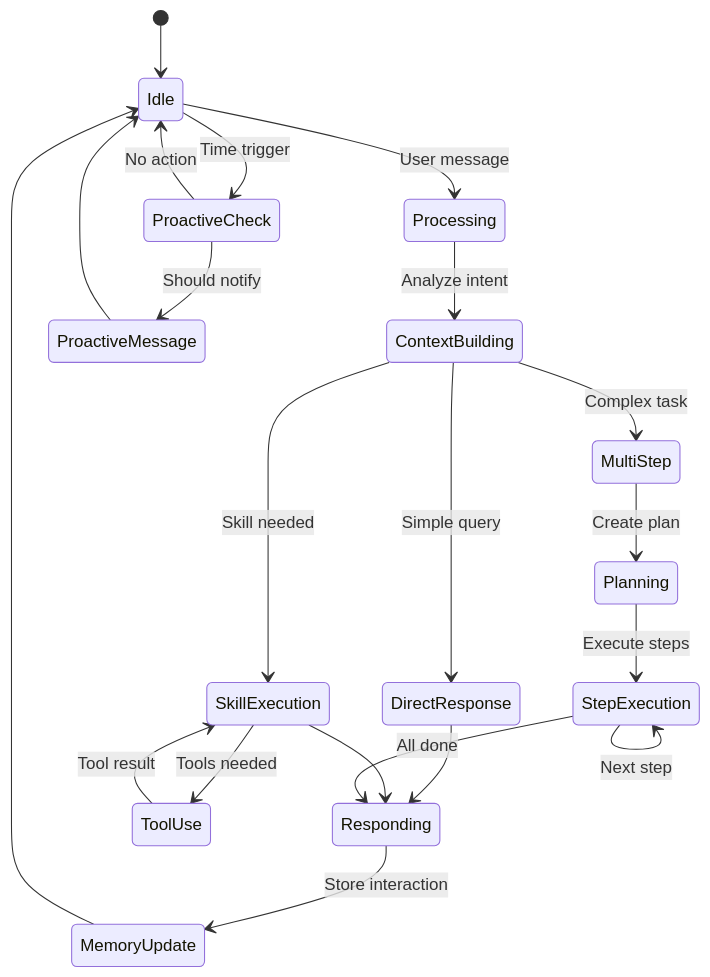
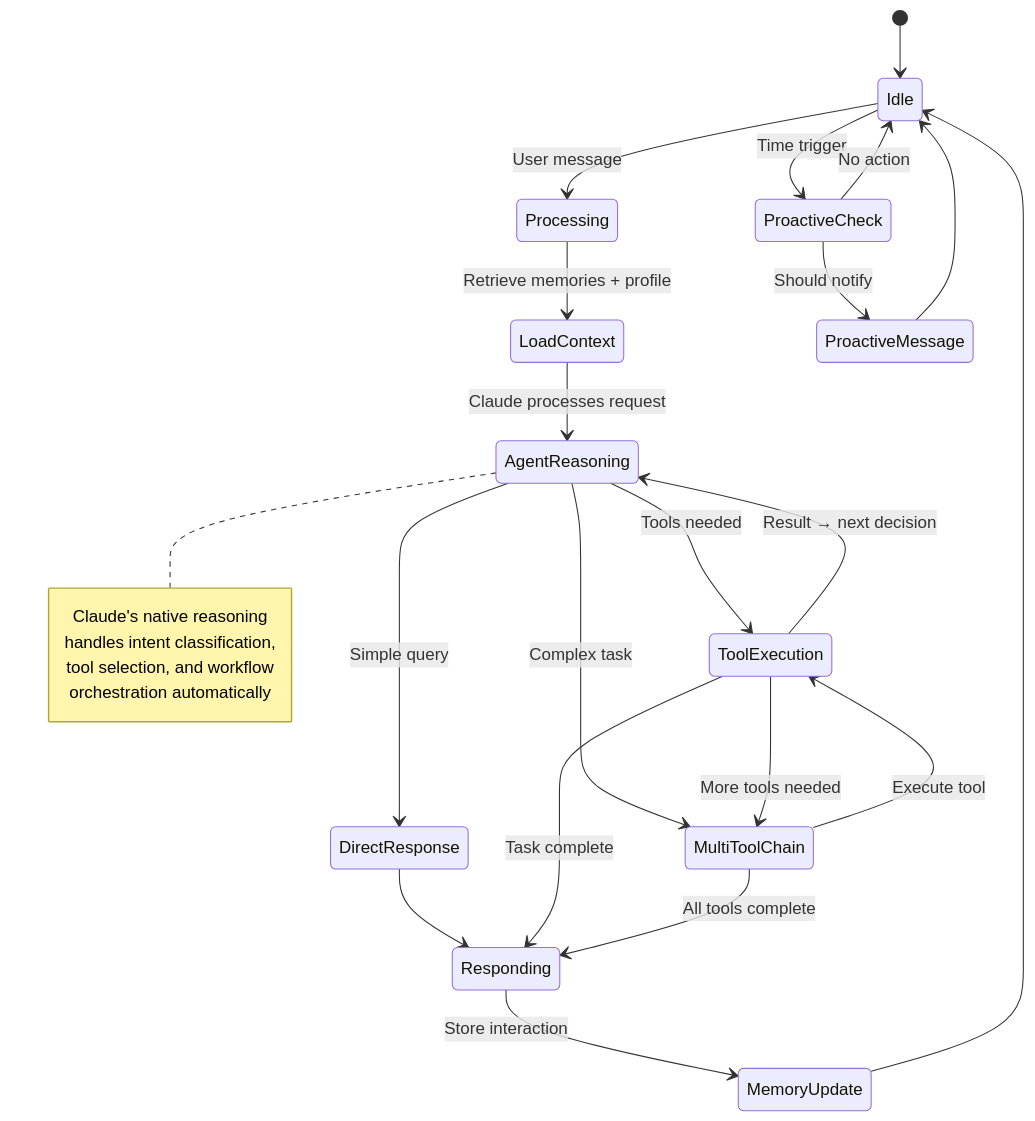
The seventh of 7 diagrams in GEMI_VISION.md (samyakjain0606/reading-buddy), drawn with Mermaid before and after one commit. The commit also changed other lines of this file, not shown here.

````diff
--- a/GEMI_VISION.md
+++ b/GEMI_VISION.md
@@ -1078,29 +1373,32 @@
 ```mermaid
 stateDiagram-v2
     [*] --> Idle
 
     Idle --> Processing: User message
-    Processing --> ContextBuilding: Analyze intent
+    Processing --> LoadContext: Retrieve memories + profile
 
-    ContextBuilding --> DirectResponse: Simple query
-    ContextBuilding --> SkillExecution: Skill needed
-    ContextBuilding --> MultiStep: Complex task
+    LoadContext --> AgentReasoning: Claude processes request
+
+    AgentReasoning --> DirectResponse: Simple query
+    AgentReasoning --> ToolExecution: Tools needed
+    AgentReasoning --> MultiToolChain: Complex task
 
     DirectResponse --> Responding
-    SkillExecution --> ToolUse: Tools needed
-    ToolUse --> SkillExecution: Tool result
-    SkillExecution --> Responding
 
-    MultiStep --> Planning: Create plan
-    Planning --> StepExecution: Execute steps
-    StepExecution --> StepExecution: Next step
-    StepExecution --> Responding: All done
+    ToolExecution --> AgentReasoning: Result → next decision
+    ToolExecution --> Responding: Task complete
+
+    MultiToolChain --> ToolExecution: Execute tool
+    ToolExecution --> MultiToolChain: More tools needed
+    MultiToolChain --> Responding: All tools complete
 
     Responding --> MemoryUpdate: Store interaction
     MemoryUpdate --> Idle
 
     Idle --> ProactiveCheck: Time trigger
     ProactiveCheck --> ProactiveMessage: Should notify
     ProactiveCheck --> Idle: No action
     ProactiveMessage --> Idle
+
+    Note right of AgentReasoning: Claude's native reasoning<br/>handles intent classification,<br/>tool selection, and workflow<br/>orchestration automatically
 ```
````
